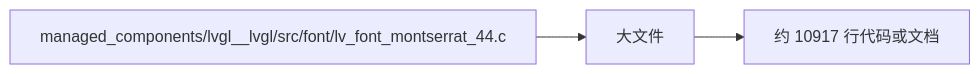
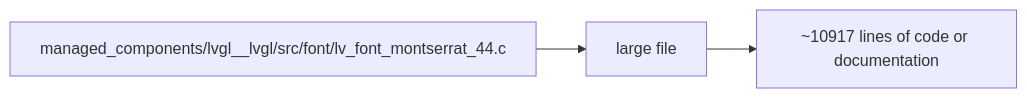
Before and after one commit to manmuqingshan/trail-mate: the diagram in docs/engineering/technical-hotspots/large-file--managed_components-lvgl__lvgl-src-font-lv_font_montserrat_44-c/technical-hotspot.md, drawn with Mermaid. The commit also changed other lines of this file and 527 other files, not shown here.

````diff
--- a/docs/engineering/technical-hotspots/large-file--managed_components-lvgl__lvgl-src-font-lv_font_montserrat_44-c/technical-hotspot.md
+++ b/docs/engineering/technical-hotspots/large-file--managed_components-lvgl__lvgl-src-font-lv_font_montserrat_44-c/technical-hotspot.md
@@ -40,8 +40,8 @@
 ```mermaid
 flowchart LR
   target["managed_components/lvgl__lvgl/src/font/lv_font_montserrat_44.c"]
-  hotspot["大文件"]
-  signal["约 10917 行代码或文档"]
+ hotspot["large file"]
+ signal["~10917 lines of code or documentation"]
   target --> hotspot
   hotspot --> signal
 ```
````
